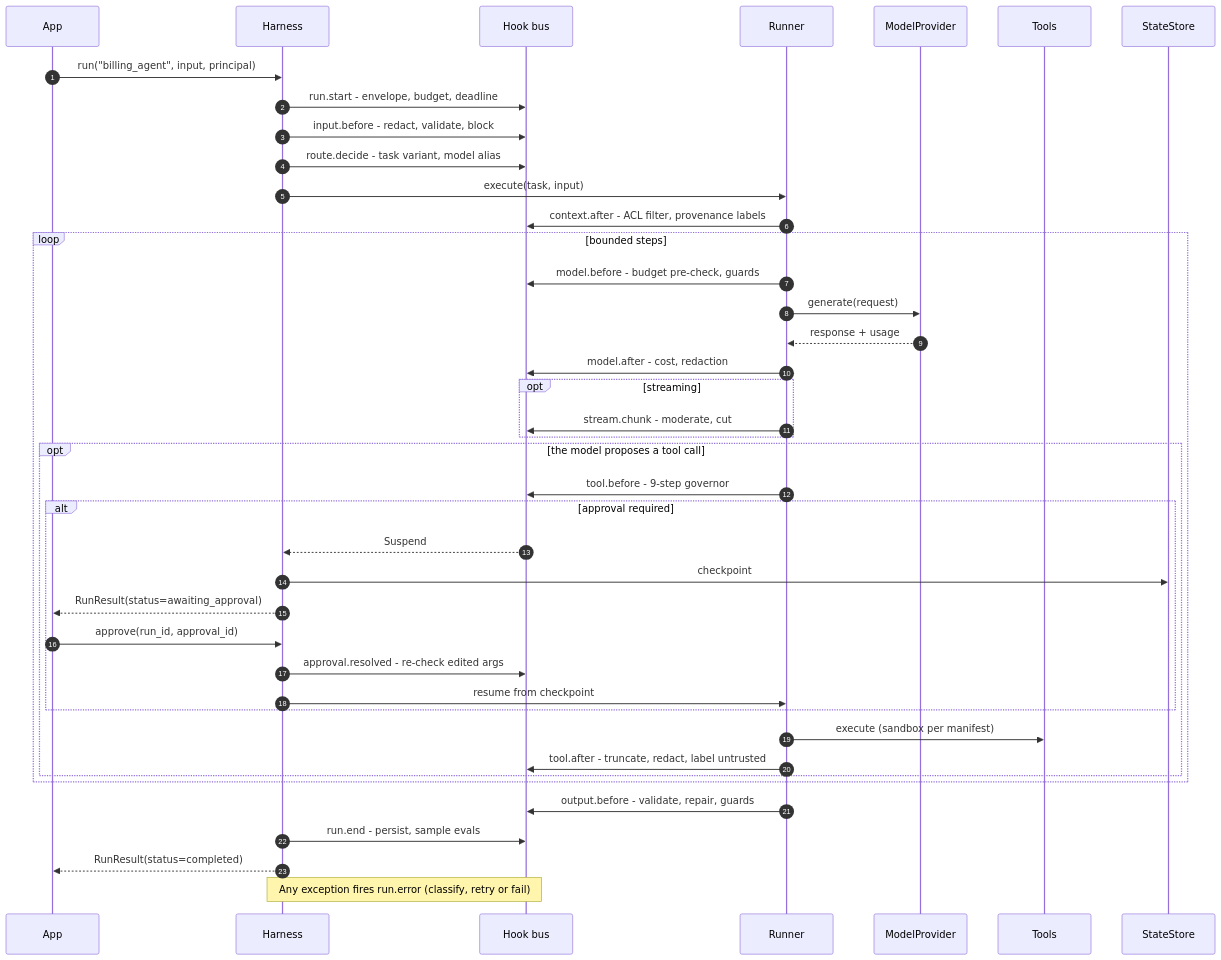
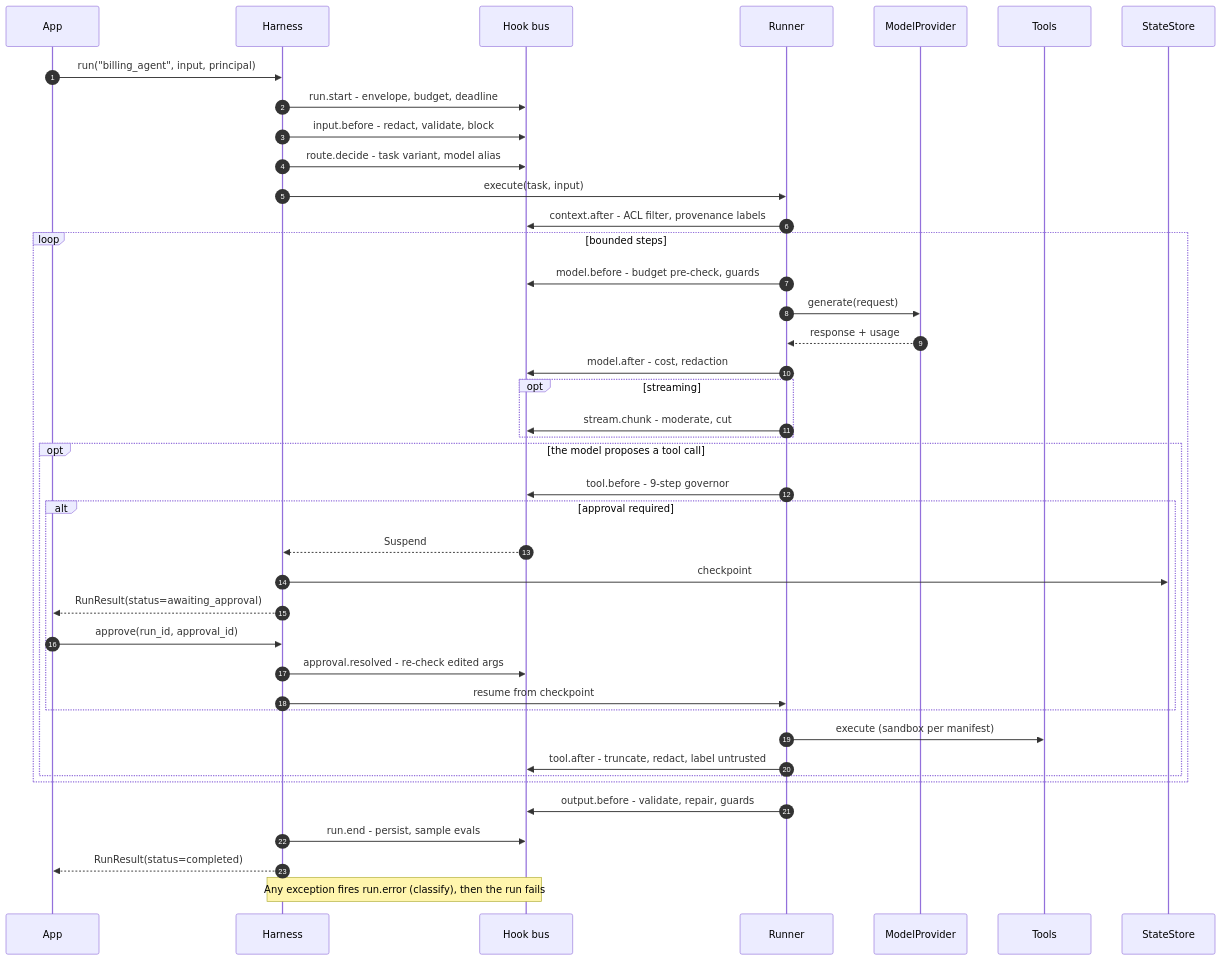
One commit to Wise-DreamerZ/HarnessWeaver changed the third of 17 diagrams in DESIGNS.md. Above: the diagram before and after it, drawn with Mermaid. The commit also changed other lines of this file and 13 other files, not shown here.

First line of the commit message:
docs: say what run.error and the org baseline actually do

````diff
--- a/DESIGNS.md
+++ b/DESIGNS.md
@@ -200,44 +200,44 @@
 ```mermaid
 sequenceDiagram
     autonumber
     participant App
     participant H as Harness
     participant Bus as Hook bus
     participant R as Runner
     participant M as ModelProvider
     participant T as Tools
     participant S as StateStore
 
     App->>H: run("billing_agent", input, principal)
     H->>Bus: run.start - envelope, budget, deadline
     H->>Bus: input.before - redact, validate, block
     H->>Bus: route.decide - task variant, model alias
     H->>R: execute(task, input)
     R->>Bus: context.after - ACL filter, provenance labels
     loop bounded steps
         R->>Bus: model.before - budget pre-check, guards
         R->>M: generate(request)
         M-->>R: response + usage
         R->>Bus: model.after - cost, redaction
         opt streaming
             R->>Bus: stream.chunk - moderate, cut
         end
         opt the model proposes a tool call
             R->>Bus: tool.before - 9-step governor
             alt approval required
                 Bus-->>H: Suspend
                 H->>S: checkpoint
                 H-->>App: RunResult(status=awaiting_approval)
                 App->>H: approve(run_id, approval_id)
                 H->>Bus: approval.resolved - re-check edited args
                 H->>R: resume from checkpoint
             end
             R->>T: execute (sandbox per manifest)
             R->>Bus: tool.after - truncate, redact, label untrusted
         end
     end
     R->>Bus: output.before - validate, repair, guards
     H->>Bus: run.end - persist, sample evals
     H-->>App: RunResult(status=completed)
-    Note over H,Bus: Any exception fires run.error (classify, retry or fail)
+    Note over H,Bus: Any exception fires run.error (classify), then the run fails
 ```
````
